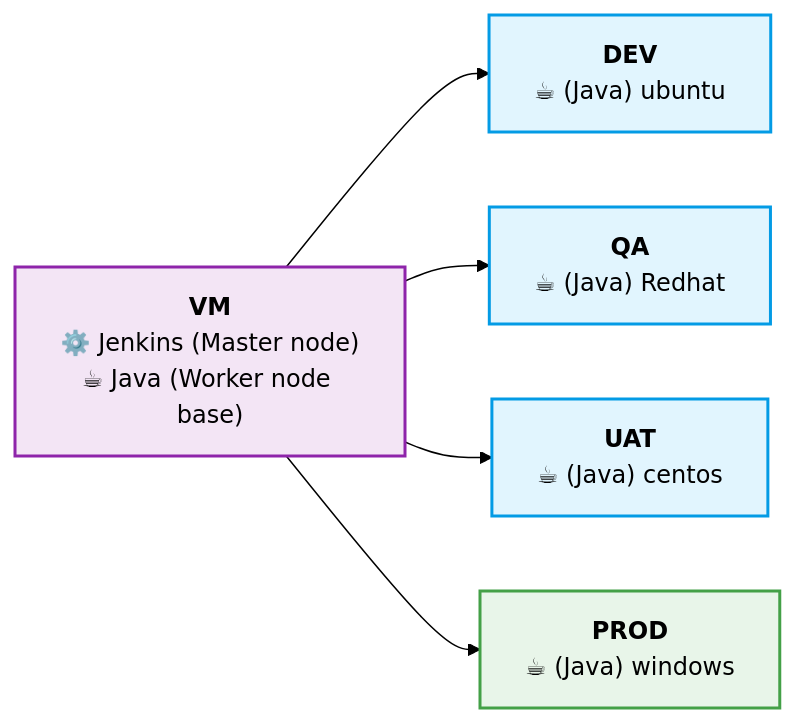
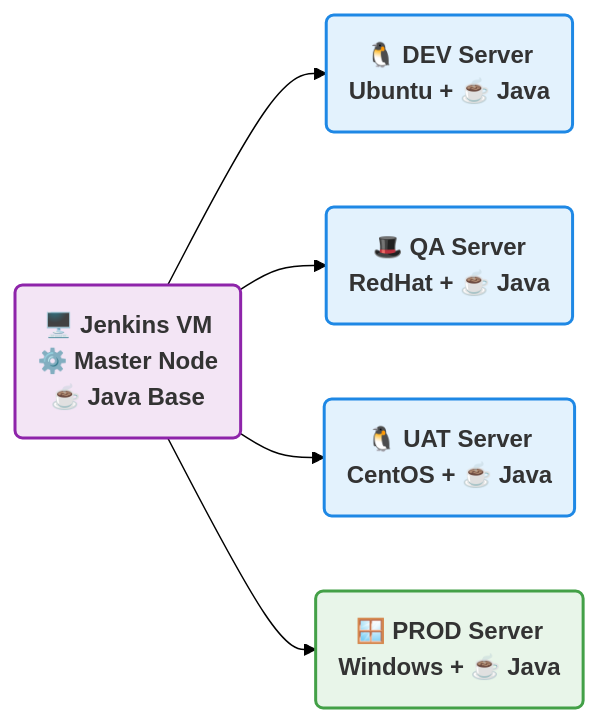
One commit to maratinikhil/Pipeline-Documentation changed the fourth of 6 diagrams in README.md. Above: the diagram before and after it, drawn with Mermaid (forest theme). The commit also changed other lines of this file, not shown here.

````diff
--- a/README.md
+++ b/README.md
@@ -161,24 +178,28 @@
 ```mermaid
 graph LR
-    %% Main VM Box
-    Master["<b>VM</b><br>⚙️ Jenkins (Master node)<br>☕ Java (Worker node base)"]
+    %% Main Control Plane
+    Master(🖥️ <b>Jenkins VM</b><br>⚙️ Master Node<br>☕ Java Base)
 
     %% Target Environments
-    DEV["<b>DEV</b><br>☕ (Java) ubuntu"]
-    QA["<b>QA</b><br>☕ (Java) Redhat"]
-    UAT["<b>UAT</b><br>☕ (Java) centos"]
-    PROD["<b>PROD</b><br>☕ (Java) windows"]
+    DEV(🐧 <b>DEV Server</b><br>Ubuntu + ☕ Java)
+    QA(🎩 <b>QA Server</b><br>RedHat + ☕ Java)
+    UAT(🐧 <b>UAT Server</b><br>CentOS + ☕ Java)
+    PROD(🪟 <b>PROD Server</b><br>Windows + ☕ Java)
 
     %% Architecture Connections
     Master --> DEV
     Master --> QA
     Master --> UAT
     Master --> PROD
 
-    %% Styling
-    style Master fill:#f3e5f5,stroke:#8e24aa,stroke-width:2px
-    style DEV fill:#e1f5fe,stroke:#039be5,stroke-width:2px
-    style QA fill:#e1f5fe,stroke:#039be5,stroke-width:2px
-    style UAT fill:#e1f5fe,stroke:#039be5,stroke-width:2px
-    style PROD fill:#e8f5e9,stroke:#43a047,stroke-width:2px
+    %% Modern Class Definitions for cleaner styling
+    classDef default font-family:sans-serif,font-weight:bold,color:#333;
+    classDef control fill:#f3e5f5,stroke:#8e24aa,stroke-width:2px;
+    classDef linux fill:#e3f2fd,stroke:#1e88e5,stroke-width:2px;
+    classDef windows fill:#e8f5e9,stroke:#43a047,stroke-width:2px;
+
+    %% Applying the styles
+    class Master control;
+    class DEV,QA,UAT linux;
+    class PROD windows;
 ```
````
